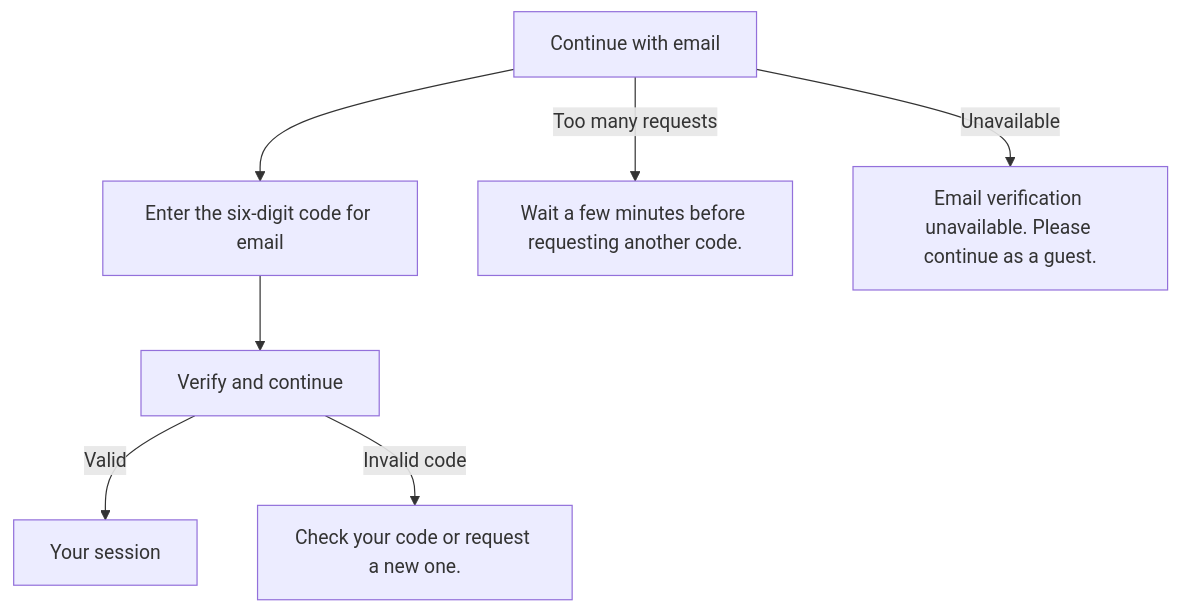
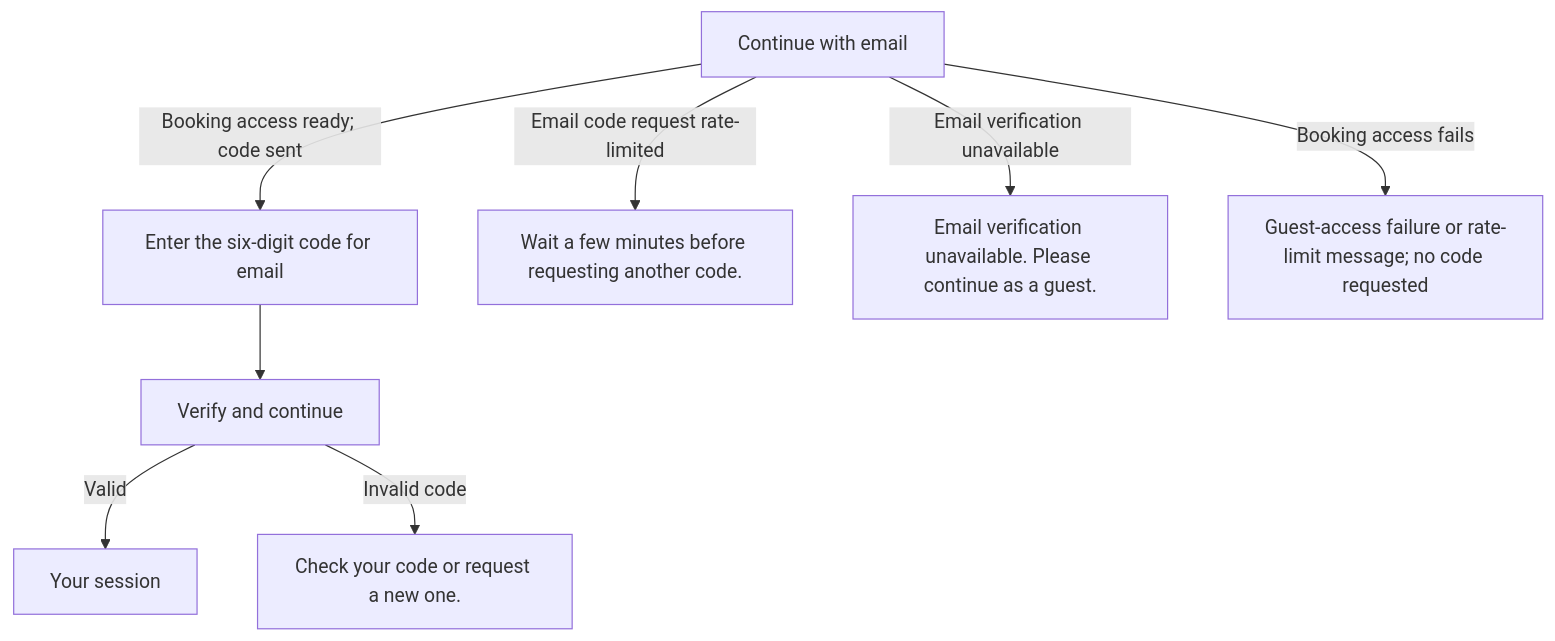
The second of 19 diagrams in docs/booking-flows.md (soccerbotstudiosg/soccerbotstudioSG), drawn with Mermaid before and after one commit. The commit also changed other lines of this file and 44 other files, not shown here.

````diff
--- a/docs/booking-flows.md
+++ b/docs/booking-flows.md
@@ -26,9 +29,10 @@
 ```mermaid
 flowchart TD
-  A["Continue with email"] --> B["Enter the six-digit code for email"]
+  A["Continue with email"] -->|Booking access ready; code sent| B["Enter the six-digit code for email"]
   B --> C["Verify and continue"]
   C -->|Valid| D["Your session"]
   C -->|Invalid code| E["Check your code or request a new one."]
-  A -->|Too many requests| F["Wait a few minutes before requesting another code."]
-  A -->|Unavailable| G["Email verification unavailable. Please continue as a guest."]
+  A -->|Email code request rate-limited| F["Wait a few minutes before requesting another code."]
+  A -->|Email verification unavailable| G["Email verification unavailable. Please continue as a guest."]
+  A -->|Booking access fails| H["Guest-access failure or rate-limit message; no code requested"]
 ```
````
